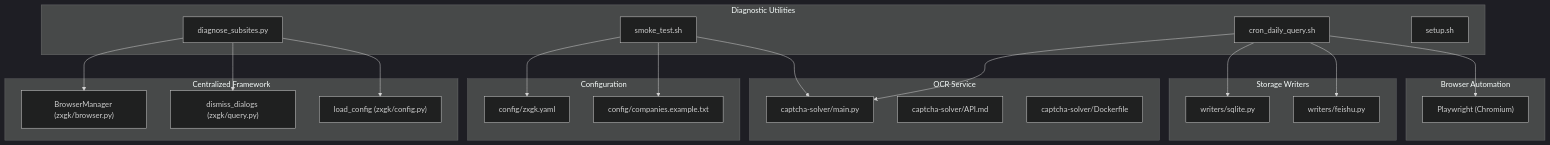
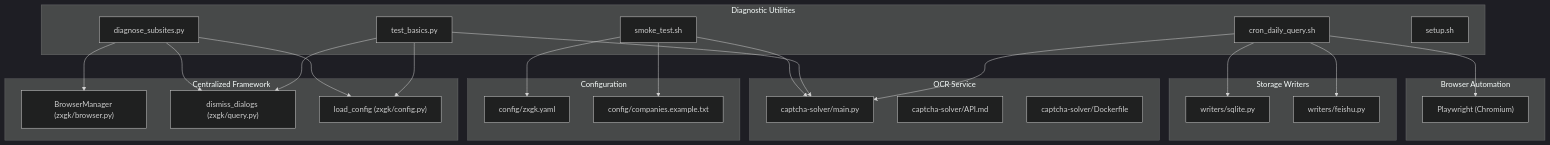
The first of 9 diagrams in .qoder/repowiki/en/content/System Diagnostics.md (supotato-ipj/zxgk_auto_query-skill), drawn with Mermaid (dark theme) before and after one commit. The commit also changed other lines of this file and 19 other files, not shown here.

````diff
--- a/.qoder/repowiki/en/content/System Diagnostics.md
+++ b/.qoder/repowiki/en/content/System Diagnostics.md
@@ -50,40 +54,44 @@
 ```mermaid
 graph TB
 subgraph "Centralized Framework"
 A["BrowserManager (zxgk/browser.py)"]
 B["dismiss_dialogs (zxgk/query.py)"]
 C["load_config (zxgk/config.py)"]
 end
 subgraph "Diagnostic Utilities"
 D["diagnose_subsites.py"]
 E["smoke_test.sh"]
-F["cron_daily_query.sh"]
-G["setup.sh"]
+F["test_basics.py"]
+G["cron_daily_query.sh"]
+H["setup.sh"]
 end
 subgraph "Configuration"
-H["config/zxgk.yaml"]
-I["config/companies.example.txt"]
+I["config/zxgk.yaml"]
+J["config/companies.example.txt"]
 end
 subgraph "Browser Automation"
-J["Playwright (Chromium)"]
+K["Playwright (Chromium)"]
 end
 subgraph "OCR Service"
-K["captcha-solver/main.py"]
-L["captcha-solver/API.md"]
-M["captcha-solver/Dockerfile"]
+L["captcha-solver/main.py"]
+M["captcha-solver/API.md"]
+N["captcha-solver/Dockerfile"]
 end
 subgraph "Storage Writers"
-N["writers/sqlite.py"]
-O["writers/feishu.py"]
+O["writers/sqlite.py"]
+P["writers/feishu.py"]
 end
 D --> A
 D --> B
 D --> C
-E --> H
 E --> I
-E --> K
-F --> J
-F --> K
-F --> N
-F --> O
+E --> J
+E --> L
+F --> C
+F --> B
+F --> L
+G --> K
+G --> L
+G --> O
+G --> P
 ```
````
